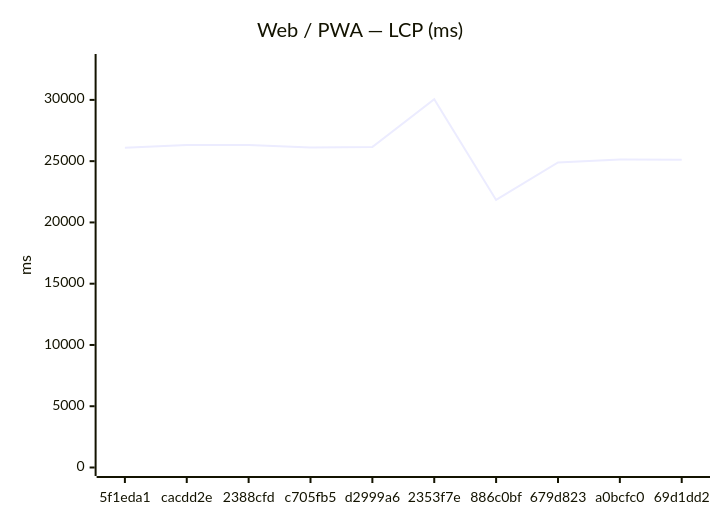
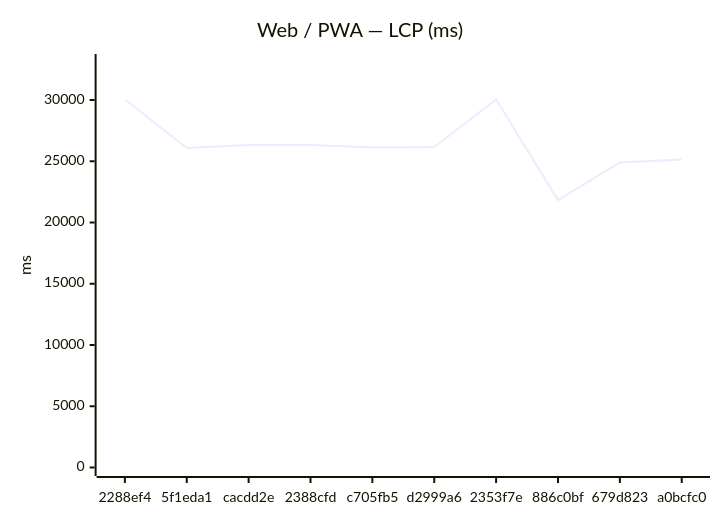
Before and after one commit to Metaheurist/Rianell: the first of 12 diagrams in benchmarks/compare.md, drawn with Mermaid. The commit also changed other lines of this file and 8 other files, not shown here.

````diff
--- a/benchmarks/compare.md
+++ b/benchmarks/compare.md
@@ -24,7 +24,7 @@
 ```mermaid
 xychart-beta
     title "Web / PWA — LCP (ms)"
-    x-axis ["5f1eda1", "cacdd2e", "2388cfd", "c705fb5", "d2999a6", "2353f7e", "886c0bf", "679d823", "a0bcfc0", "69d1dd2"]
-    y-axis "ms" 0 --> 33052
-    line [26085, 26327, 26326, 26120, 26164, 30047, 21835, 24900, 25139, 25124]
+    x-axis ["2288ef4", "5f1eda1", "cacdd2e", "2388cfd", "c705fb5", "d2999a6", "2353f7e", "886c0bf", "679d823", "a0bcfc0"]
+    y-axis "ms" 0 --> 33062
+    line [30056, 26085, 26327, 26326, 26120, 26164, 30047, 21835, 24900, 25139]
 ```
````
